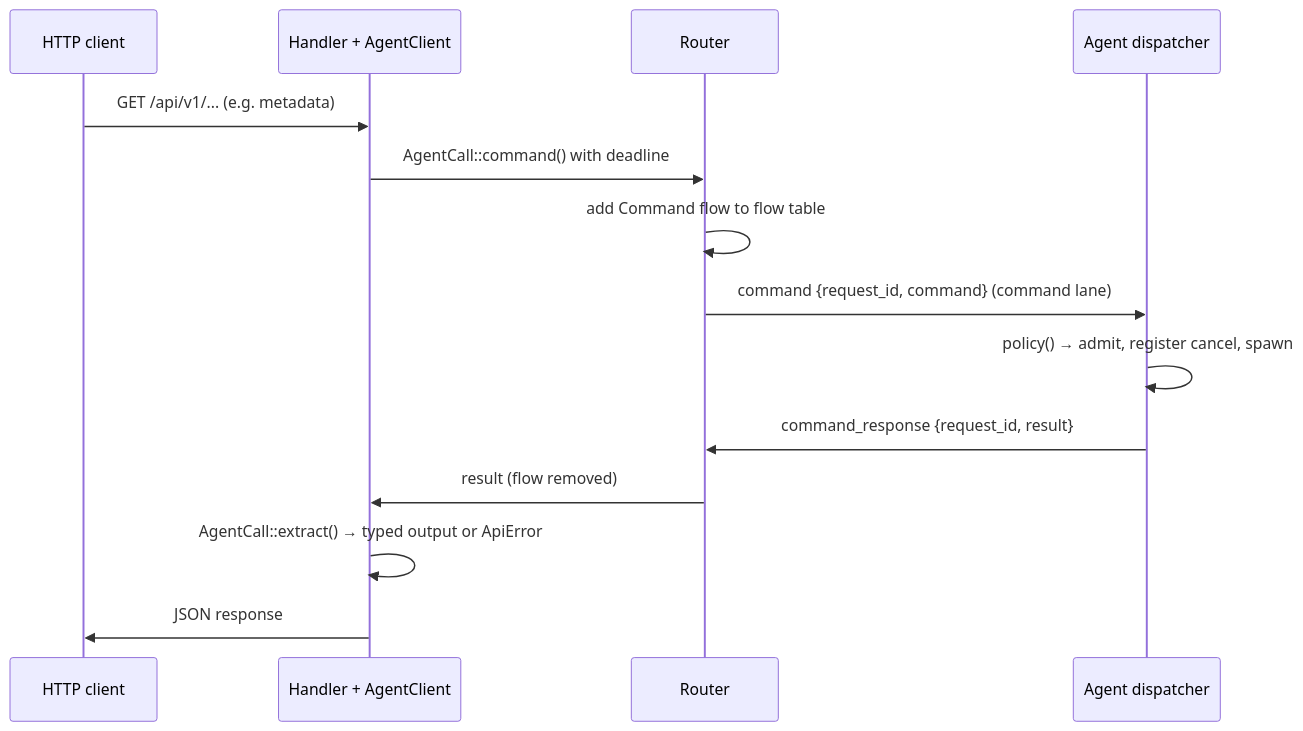
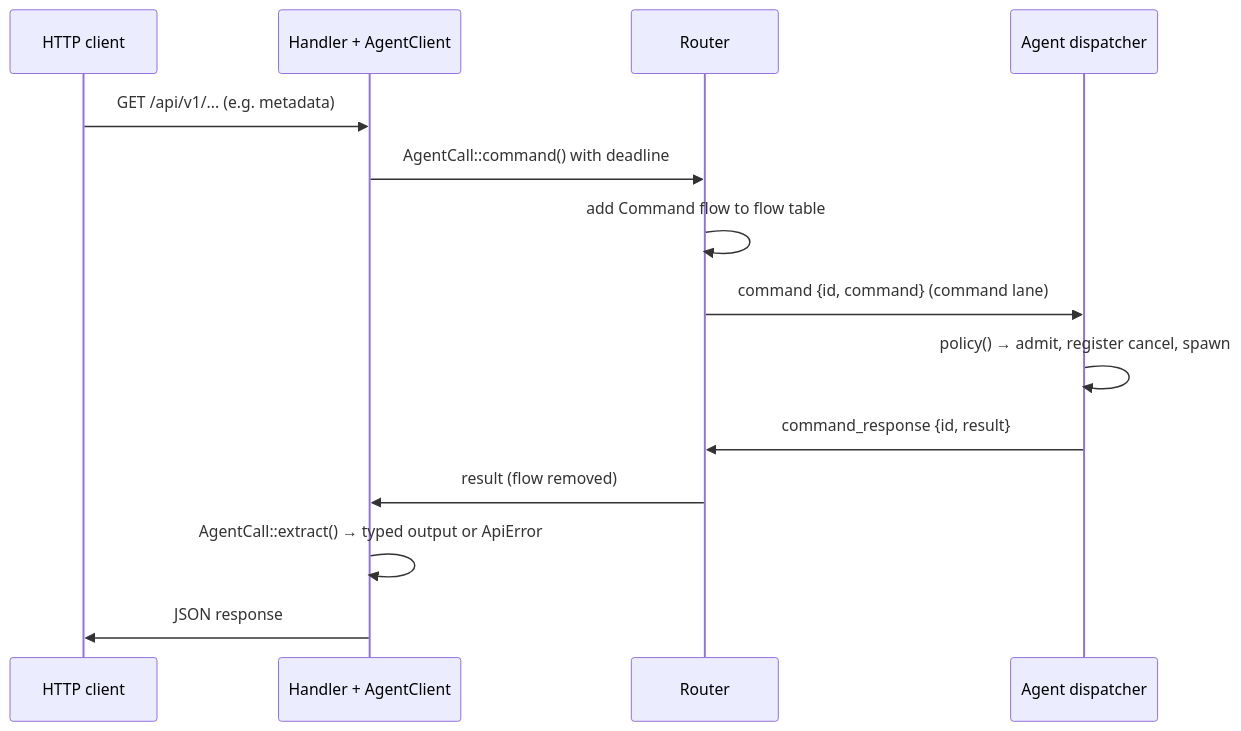
The sixth of 10 diagrams in ARCHITECTURE.md (FruitieX/redoor), drawn with Mermaid before and after one commit. The commit also changed other lines of this file and 62 other files, not shown here.

````diff
--- a/ARCHITECTURE.md
+++ b/ARCHITECTURE.md
@@ -299,17 +331,17 @@
 ```mermaid
 sequenceDiagram
     participant C as HTTP client
     participant H as Handler + AgentClient
     participant R as Router
     participant A as Agent dispatcher
 
     C->>H: GET /api/v1/... (e.g. metadata)
     H->>R: AgentCall::command() with deadline
     R->>R: add Command flow to flow table
-    R->>A: command {request_id, command} (command lane)
+    R->>A: command {id, command} (command lane)
     A->>A: policy() → admit, register cancel, spawn
-    A->>R: command_response {request_id, result}
+    A->>R: command_response {id, result}
     R->>H: result (flow removed)
     H->>H: AgentCall::extract() → typed output or ApiError
     H->>C: JSON response
 ```
````
